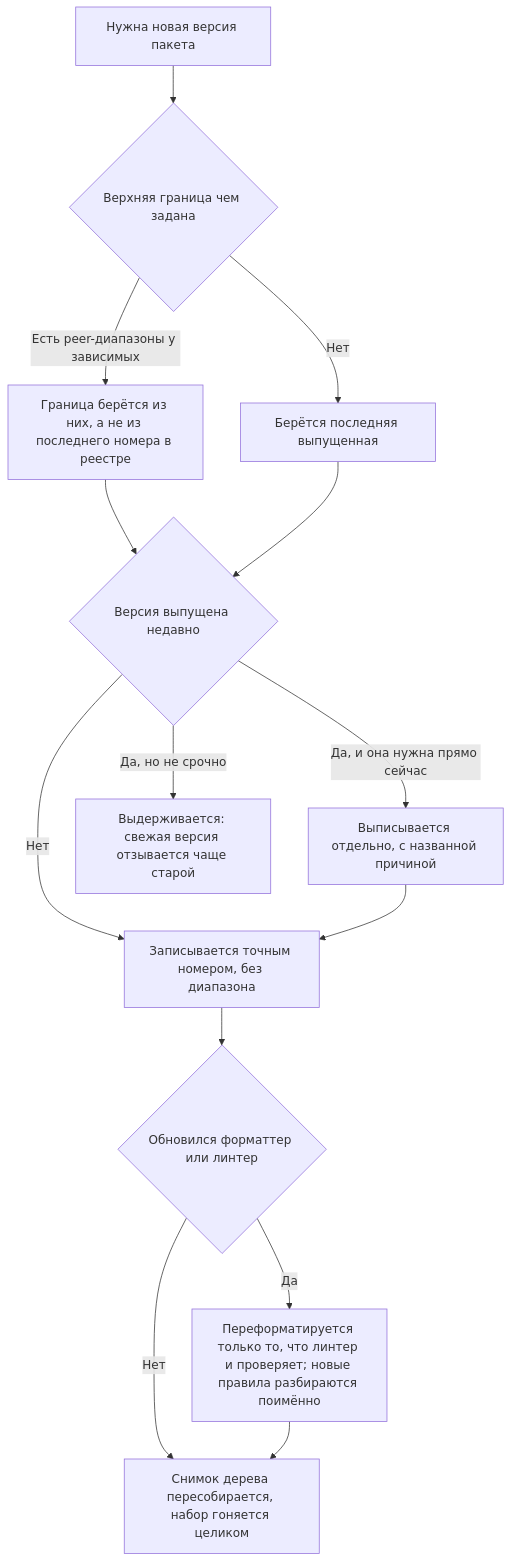
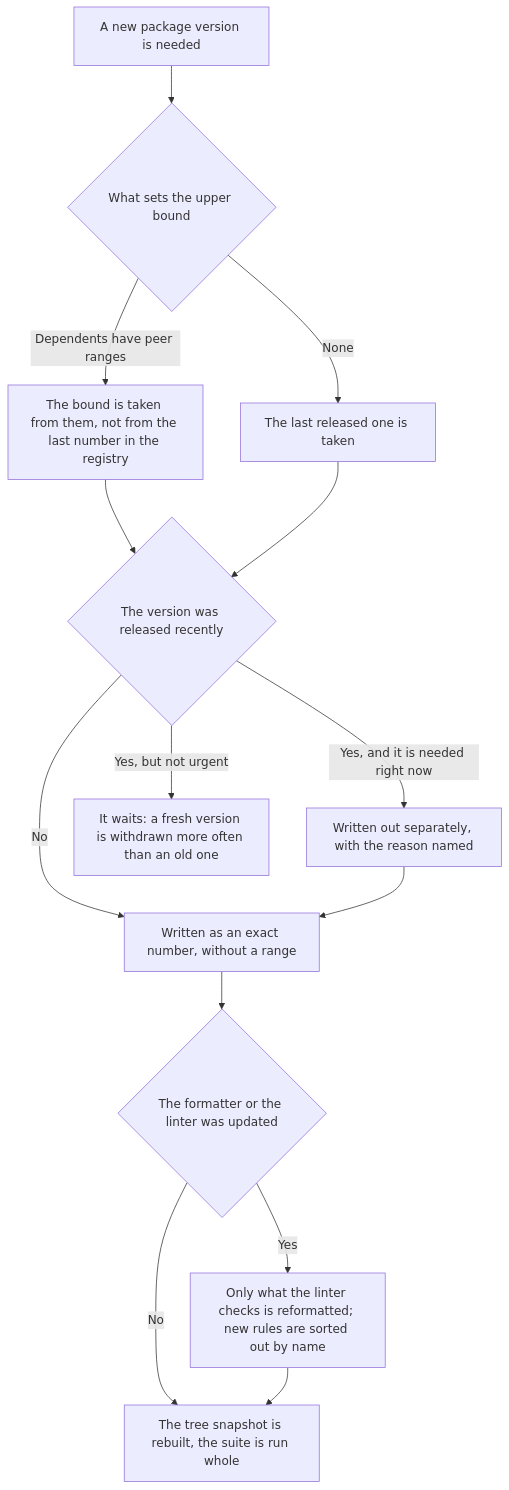
One commit to Eyhenij/rt-tools changed the diagram in .claude/skills/dependencies/SKILL.md. Above: the diagram before and after it, drawn with Mermaid. The commit also changed other lines of this file and 33 other files, not shown here.

````diff
--- a/.claude/skills/dependencies/SKILL.md
+++ b/.claude/skills/dependencies/SKILL.md
@@ -36,16 +36,16 @@
 ```mermaid
 flowchart TD
-    A[Нужна новая версия пакета] --> B{Верхняя граница чем задана}
-    B -->|Есть peer-диапазоны у зависимых| C[Граница берётся из них, а не из последнего номера в реестре]
-    B -->|Нет| D[Берётся последняя выпущенная]
-    C --> E{Версия выпущена недавно}
+    A[A new package version is needed] --> B{What sets the upper bound}
+    B -->|Dependents have peer ranges| C[The bound is taken from them, not from the last number in the registry]
+    B -->|None| D[The last released one is taken]
+    C --> E{The version was released recently}
     D --> E
-    E -->|Да, и она нужна прямо сейчас| F[Выписывается отдельно, с названной причиной]
-    E -->|Да, но не срочно| G[Выдерживается: свежая версия отзывается чаще старой]
-    E -->|Нет| H[Записывается точным номером, без диапазона]
+    E -->|Yes, and it is needed right now| F[Written out separately, with the reason named]
+    E -->|Yes, but not urgent| G[It waits: a fresh version is withdrawn more often than an old one]
+    E -->|No| H[Written as an exact number, without a range]
     F --> H
-    H --> I{Обновился форматтер или линтер}
-    I -->|Да| J[Переформатируется только то, что линтер и проверяет; новые правила разбираются поимённо]
-    I -->|Нет| K[Снимок дерева пересобирается, набор гоняется целиком]
+    H --> I{The formatter or the linter was updated}
+    I -->|Yes| J[Only what the linter checks is reformatted; new rules are sorted out by name]
+    I -->|No| K[The tree snapshot is rebuilt, the suite is run whole]
     J --> K
 ```
````
